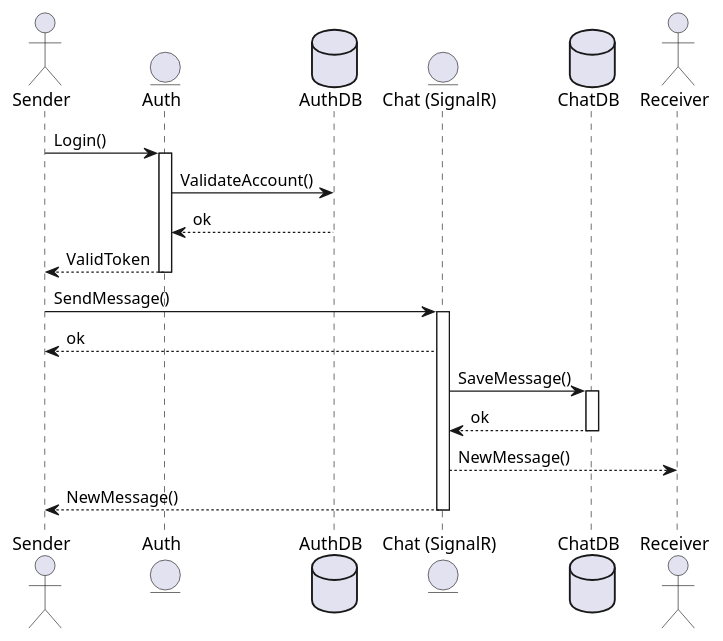
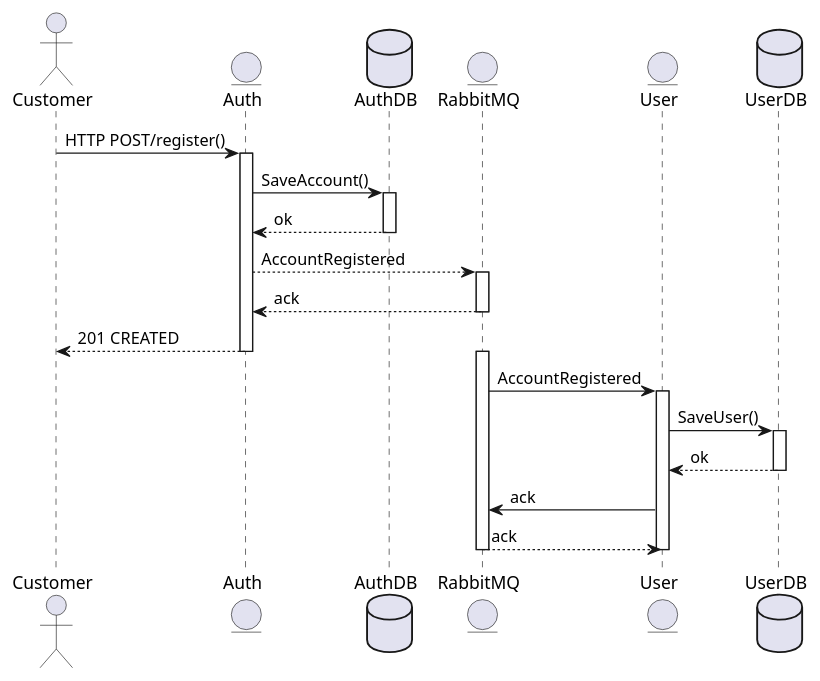
One commit to ldeluigi/microchat changed the second of 4 diagrams in docs/architecture/sequence-diagram.md. Above: the diagram before and after it, drawn with PlantUML. The commit also changed other lines of this file, not shown here.

Commit message:
Fix some errors, WIP

````diff
--- a/docs/architecture/sequence-diagram.md
+++ b/docs/architecture/sequence-diagram.md
@@ -51,26 +64,33 @@
 ```plantuml
-@startuml SendMessage
-actor Sender
+@startuml NewUser
+actor Customer
 entity Auth
 database AuthDB
-entity "Chat (SignalR)" as Chat
-database ChatDB
-actor Receiver
-Sender -> Auth : Login()
+entity RabbitMQ
+entity User
+database UserDB
+Customer -> Auth : HTTP POST/register()
 activate Auth
-Auth -> AuthDB : ValidateAccount()
+Auth -> AuthDB : SaveAccount()
+activate AuthDB
 AuthDB --> Auth : ok
-Auth -->  Sender : ValidToken
+deactivate AuthDB
+Auth --> RabbitMQ : AccountRegistered
+activate RabbitMQ
+RabbitMQ --> Auth : ack
+deactivate RabbitMQ
+Auth --> Customer : 201 CREATED
 deactivate Auth
-Sender ->  Chat : SendMessage()
-activate Chat
-Chat -->  Sender : ok
-Chat -> ChatDB : SaveMessage()
-activate ChatDB
-ChatDB --> Chat : ok
-deactivate ChatDB
-Chat --> Receiver : NewMessage()
-Chat --> Sender : NewMessage()
-deactivate Chat
+activate RabbitMQ
+RabbitMQ -> User : AccountRegistered
+activate User
+User -> UserDB : SaveUser()
+activate UserDB
+UserDB --> User : ok
+deactivate UserDB
+User -> RabbitMQ : ack
+RabbitMQ --> User : ack
+deactivate User
+deactivate RabbitMQ
 @enduml
 ```
````
